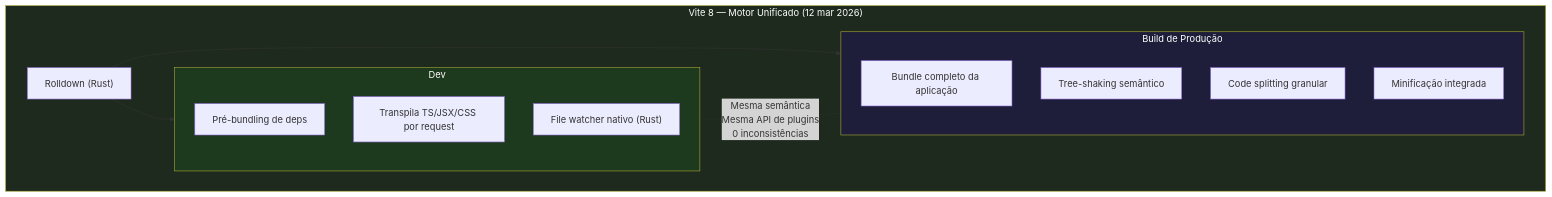
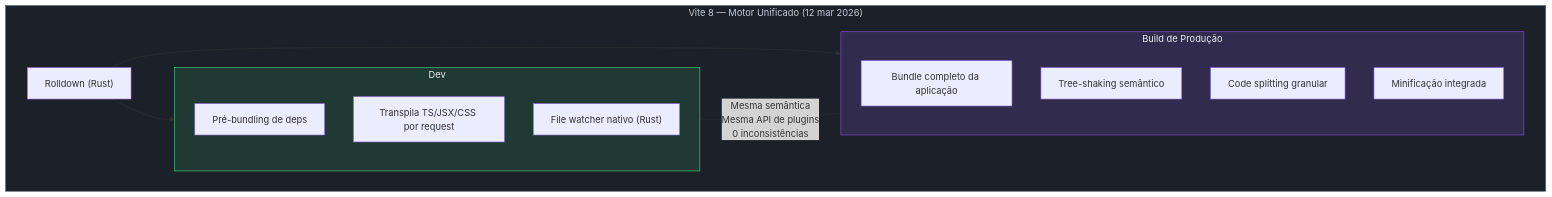
One commit to josenaldo/codex-technomanticus changed the second of 9 diagrams in 03-Dominios/Tecnologia/Tooling e Build/13 - Vite a fundo.md. Above: the diagram before and after it, drawn with Mermaid. The commit also changed other lines of this file and 1181 other files, not shown here.

First line of the commit message:
fix(diagramas): paleta do sistema no lugar de cor cravada no markdown

````diff
--- a/03-Dominios/Tecnologia/Tooling e Build/13 - Vite a fundo.md
+++ b/03-Dominios/Tecnologia/Tooling e Build/13 - Vite a fundo.md
@@ -79,30 +82,33 @@
 ```mermaid
 graph LR
+    classDef neutro fill:#1B2029,stroke:#4E5666,color:#C6CCD8
+    classDef ok fill:#4ADE8021,stroke:#4ADE80,color:#E9ECF2
+    classDef marca fill:#8855DF33,stroke:#8855DF,color:#E9ECF2
     subgraph VITE8["Vite 8 — Motor Unificado (12 mar 2026)"]
         direction LR
 
         RD["Rolldown (Rust)"]
 
         subgraph DEV["Dev"]
             D1["Pré-bundling de deps"]
             D2["Transpila TS/JSX/CSS por request"]
             D3["File watcher nativo (Rust)"]
         end
 
         subgraph BUILD["Build de Produção"]
             B1["Bundle completo da aplicação"]
             B2["Tree-shaking semântico"]
             B3["Code splitting granular"]
             B4["Minificação integrada"]
         end
 
         RD --> DEV
         RD --> BUILD
 
         DEV -. "Mesma semântica\nMesma API de plugins\n0 inconsistências" .- BUILD
     end
 
-    style VITE8 fill:#1e2a1e,color:#fff
-    style DEV fill:#1e3a1e,color:#fff
-    style BUILD fill:#1e1e3a,color:#fff
+    class VITE8 neutro
+    class DEV ok
+    class BUILD marca
 ```
````
